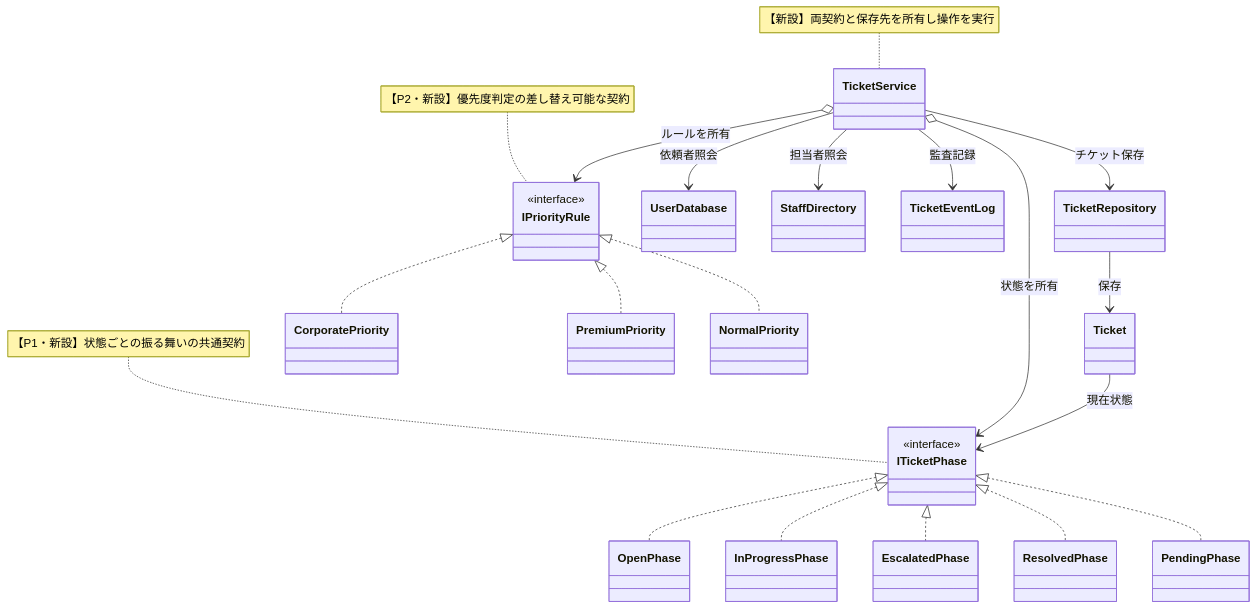
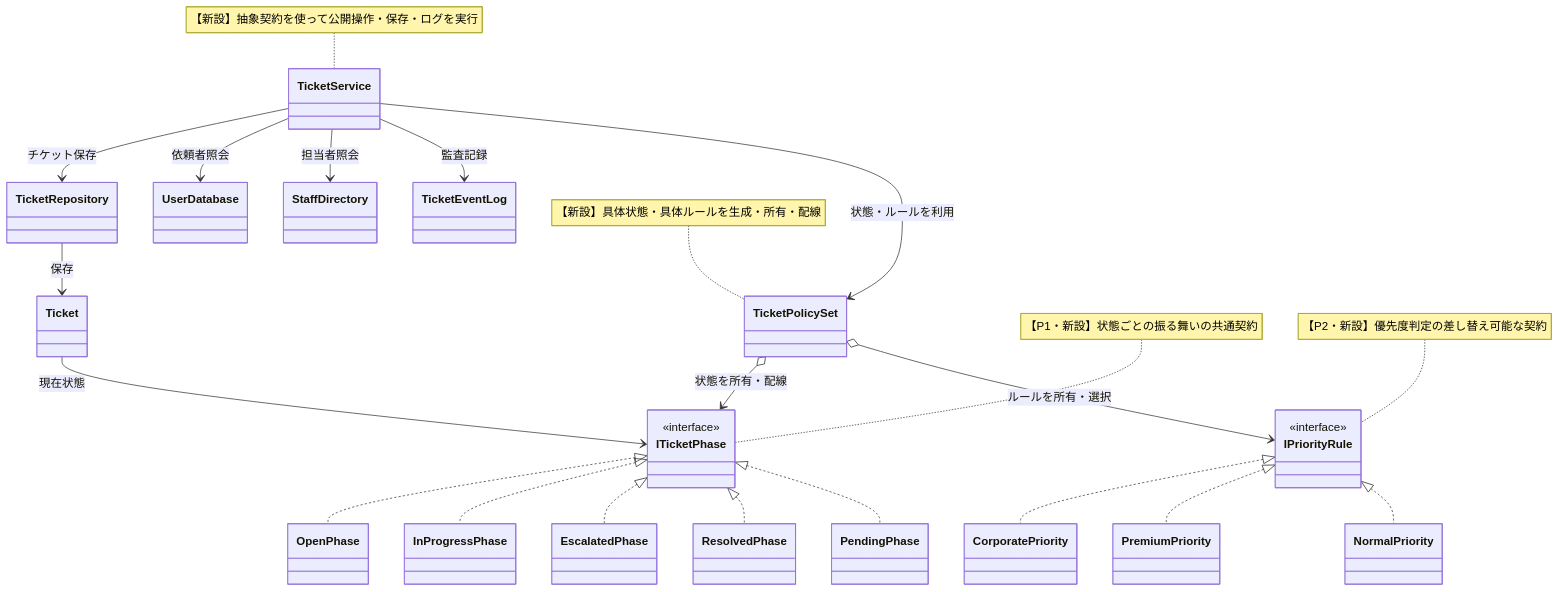
Before and after one commit to kumachan1101-pixel/DesignPattern: the ninth of 16 diagrams in kindle/design-patterns/output/chapter09_2.md, drawn with Mermaid. The commit also changed other lines of this file and 9 other files, not shown here.

````diff
--- a/kindle/design-patterns/output/chapter09_2.md
+++ b/kindle/design-patterns/output/chapter09_2.md
@@ -1033,42 +1143,45 @@
 ```mermaid
 classDiagram
     class TicketService
+    class TicketPolicySet
     class TicketRepository
     class UserDatabase
     class StaffDirectory
     class TicketEventLog
     class Ticket
     class ITicketPhase { <<interface>> }
     class OpenPhase
     class InProgressPhase
     class EscalatedPhase
     class ResolvedPhase
     class PendingPhase
     class IPriorityRule { <<interface>> }
     class CorporatePriority
     class PremiumPriority
     class NormalPriority
     TicketService --> TicketRepository : チケット保存
     TicketService --> UserDatabase : 依頼者照会
     TicketService --> StaffDirectory : 担当者照会
     TicketService --> TicketEventLog : 監査記録
-    TicketService o--> ITicketPhase : 状態を所有
-    TicketService o--> IPriorityRule : ルールを所有
+    TicketService --> TicketPolicySet : 状態・ルールを利用
+    TicketPolicySet o--> ITicketPhase : 状態を所有・配線
+    TicketPolicySet o--> IPriorityRule : ルールを所有・選択
     TicketRepository --> Ticket : 保存
     Ticket --> ITicketPhase : 現在状態
     ITicketPhase <|.. OpenPhase
     ITicketPhase <|.. InProgressPhase
     ITicketPhase <|.. EscalatedPhase
     ITicketPhase <|.. ResolvedPhase
     ITicketPhase <|.. PendingPhase
     IPriorityRule <|.. CorporatePriority
     IPriorityRule <|.. PremiumPriority
     IPriorityRule <|.. NormalPriority
 
     note for ITicketPhase "【P1・新設】状態ごとの振る舞いの共通契約"
     note for IPriorityRule "【P2・新設】優先度判定の差し替え可能な契約"
-    note for TicketService "【新設】両契約と保存先を所有し操作を実行"
+    note for TicketPolicySet "【新設】具体状態・具体ルールを生成・所有・配線"
+    note for TicketService "【新設】抽象契約を使って公開操作・保存・ログを実行"
 
     classDef focus fill:#FFF2CC,stroke:#D6B656,stroke-width:2px,color:#222222
-    cssClass "ITicketPhase,OpenPhase,InProgressPhase,EscalatedPhase,ResolvedPhase,PendingPhase,IPriorityRule,CorporatePriority,PremiumPriority,NormalPriority" focus
+    cssClass "TicketService,TicketPolicySet,ITicketPhase,OpenPhase,InProgressPhase,EscalatedPhase,ResolvedPhase,PendingPhase,IPriorityRule,CorporatePriority,PremiumPriority,NormalPriority" focus
 ```
````
